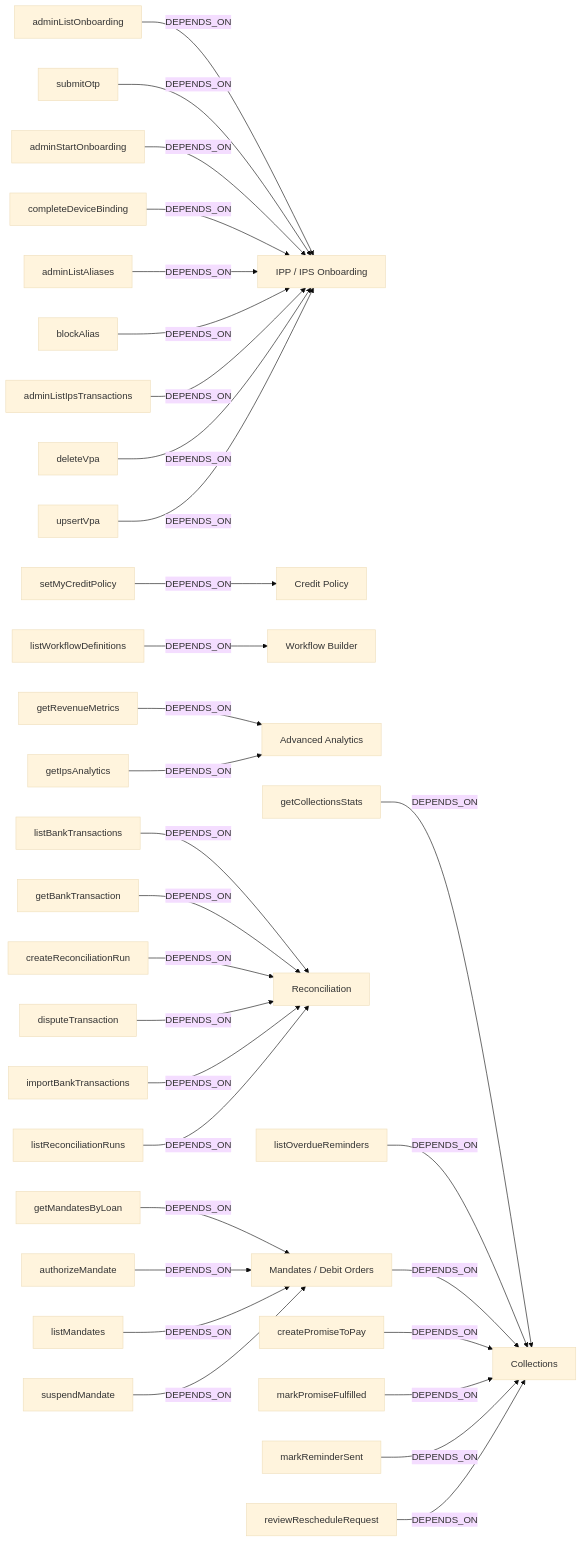
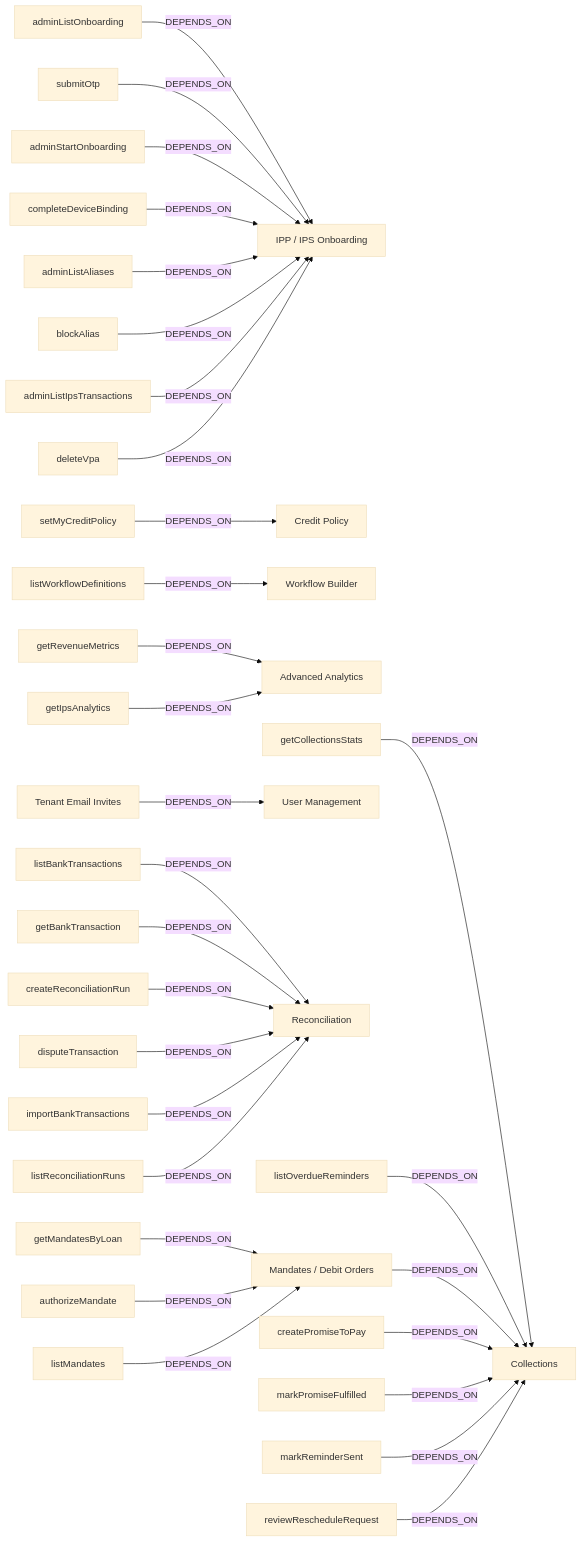
Before and after one commit to DKTony/namlend-trust-portal-v220: the second of 6 diagrams in ontology/graph.md, drawn with Mermaid (base theme). The commit also changed other lines of this file and 37 other files, not shown here.

First line of the commit message:
feat(invites): add inert tenant-admin email invite onboarding

````diff
--- a/ontology/graph.md
+++ b/ontology/graph.md
@@ -95,69 +95,68 @@
 ```mermaid
 flowchart LR
   n_function_convex_ips_ipsOnboarding_adminListOnboarding["adminListOnboarding"]
   n_feature_ippOnboarding["IPP / IPS Onboarding"]
   n_function_convex_tenantConfig_setMyCreditPolicy["setMyCreditPolicy"]
   n_feature_creditPolicy["Credit Policy"]
   n_function_convex_ips_ipsOnboarding_submitOtp["submitOtp"]
   n_function_convex_ips_ipsOnboarding_adminStartOnboarding["adminStartOnboarding"]
   n_function_convex_approvalWorkflow_listWorkflowDefinitions["listWorkflowDefinitions"]
   n_feature_workflows["Workflow Builder"]
   n_function_convex_analytics_getRevenueMetrics["getRevenueMetrics"]
   n_feature_advancedAnalytics["Advanced Analytics"]
   n_function_convex_collections_getCollectionsStats["getCollectionsStats"]
   n_feature_collections["Collections"]
+  n_feature_tenantInvites["Tenant Email Invites"]
+  n_feature_tenantUsers["User Management"]
   n_function_convex_reconciliation_listBankTransactions["listBankTransactions"]
   n_feature_tenantReconciliation["Reconciliation"]
   n_function_convex_reconciliation_getBankTransaction["getBankTransaction"]
   n_function_convex_reconciliation_createReconciliationRun["createReconciliationRun"]
   n_function_convex_ips_ipsOnboarding_completeDeviceBinding["completeDeviceBinding"]
   n_function_convex_ontology_mandates_getMandatesByLoan["getMandatesByLoan"]
   n_feature_mandates["Mandates / Debit Orders"]
   n_function_convex_analytics_getIpsAnalytics["getIpsAnalytics"]
   n_function_convex_collections_listOverdueReminders["listOverdueReminders"]
   n_function_convex_collections_createPromiseToPay["createPromiseToPay"]
   n_function_convex_collections_markPromiseFulfilled["markPromiseFulfilled"]
   n_function_convex_ips_ipsAliasDirectory_adminListAliases["adminListAliases"]
   n_function_convex_reconciliation_disputeTransaction["disputeTransaction"]
   n_function_convex_ontology_mandates_authorizeMandate["authorizeMandate"]
   n_function_convex_ips_ipsAliasDirectory_blockAlias["blockAlias"]
   n_function_convex_ontology_mandates_listMandates["listMandates"]
   n_function_convex_collections_markReminderSent["markReminderSent"]
   n_function_convex_ips_ipsTransactions_adminListIpsTransactions["adminListIpsTransactions"]
   n_function_convex_collections_reviewRescheduleRequest["reviewRescheduleRequest"]
   n_function_convex_ips_ipsVpa_deleteVpa["deleteVpa"]
   n_function_convex_reconciliation_importBankTransactions["importBankTransactions"]
   n_function_convex_reconciliation_listReconciliationRuns["listReconciliationRuns"]
-  n_function_convex_ontology_mandates_suspendMandate["suspendMandate"]
-  n_function_convex_ips_ipsVpa_upsertVpa["upsertVpa"]
   n_function_convex_ips_ipsOnboarding_adminListOnboarding -- "DEPENDS_ON" --> n_feature_ippOnboarding
   n_function_convex_tenantConfig_setMyCreditPolicy -- "DEPENDS_ON" --> n_feature_creditPolicy
   n_function_convex_ips_ipsOnboarding_submitOtp -- "DEPENDS_ON" --> n_feature_ippOnboarding
   n_function_convex_ips_ipsOnboarding_adminStartOnboarding -- "DEPENDS_ON" --> n_feature_ippOnboarding
   n_function_convex_approvalWorkflow_listWorkflowDefinitions -- "DEPENDS_ON" --> n_feature_workflows
   n_function_convex_analytics_getRevenueMetrics -- "DEPENDS_ON" --> n_feature_advancedAnalytics
   n_function_convex_collections_getCollectionsStats -- "DEPENDS_ON" --> n_feature_collections
+  n_feature_tenantInvites -- "DEPENDS_ON" --> n_feature_tenantUsers
   n_function_convex_reconciliation_listBankTransactions -- "DEPENDS_ON" --> n_feature_tenantReconciliation
   n_function_convex_reconciliation_getBankTransaction -- "DEPENDS_ON" --> n_feature_tenantReconciliation
   n_function_convex_reconciliation_createReconciliationRun -- "DEPENDS_ON" --> n_feature_tenantReconciliation
   n_function_convex_ips_ipsOnboarding_completeDeviceBinding -- "DEPENDS_ON" --> n_feature_ippOnboarding
   n_function_convex_ontology_mandates_getMandatesByLoan -- "DEPENDS_ON" --> n_feature_mandates
   n_function_convex_analytics_getIpsAnalytics -- "DEPENDS_ON" --> n_feature_advancedAnalytics
   n_function_convex_collections_listOverdueReminders -- "DEPENDS_ON" --> n_feature_collections
   n_feature_mandates -- "DEPENDS_ON" --> n_feature_collections
   n_function_convex_collections_createPromiseToPay -- "DEPENDS_ON" --> n_feature_collections
   n_function_convex_collections_markPromiseFulfilled -- "DEPENDS_ON" --> n_feature_collections
   n_function_convex_ips_ipsAliasDirectory_adminListAliases -- "DEPENDS_ON" --> n_feature_ippOnboarding
   n_function_convex_reconciliation_disputeTransaction -- "DEPENDS_ON" --> n_feature_tenantReconciliation
   n_function_convex_ontology_mandates_authorizeMandate -- "DEPENDS_ON" --> n_feature_mandates
   n_function_convex_ips_ipsAliasDirectory_blockAlias -- "DEPENDS_ON" --> n_feature_ippOnboarding
   n_function_convex_ontology_mandates_listMandates -- "DEPENDS_ON" --> n_feature_mandates
   n_function_convex_collections_markReminderSent -- "DEPENDS_ON" --> n_feature_collections
   n_function_convex_ips_ipsTransactions_adminListIpsTransactions -- "DEPENDS_ON" --> n_feature_ippOnboarding
   n_function_convex_collections_reviewRescheduleRequest -- "DEPENDS_ON" --> n_feature_collections
   n_function_convex_ips_ipsVpa_deleteVpa -- "DEPENDS_ON" --> n_feature_ippOnboarding
   n_function_convex_reconciliation_importBankTransactions -- "DEPENDS_ON" --> n_feature_tenantReconciliation
   n_function_convex_reconciliation_listReconciliationRuns -- "DEPENDS_ON" --> n_feature_tenantReconciliation
-  n_function_convex_ontology_mandates_suspendMandate -- "DEPENDS_ON" --> n_feature_mandates
-  n_function_convex_ips_ipsVpa_upsertVpa -- "DEPENDS_ON" --> n_feature_ippOnboarding
 ```
````
